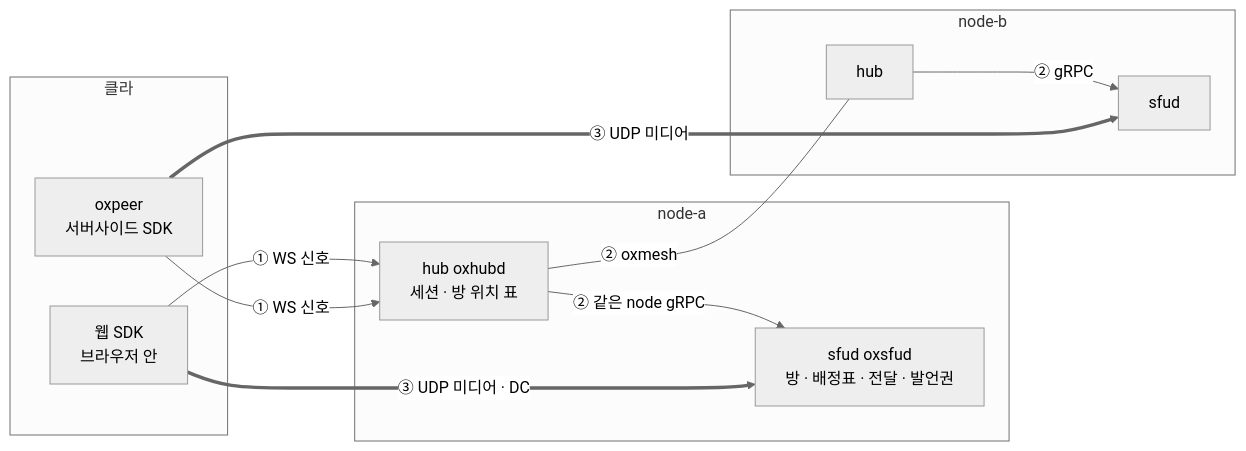
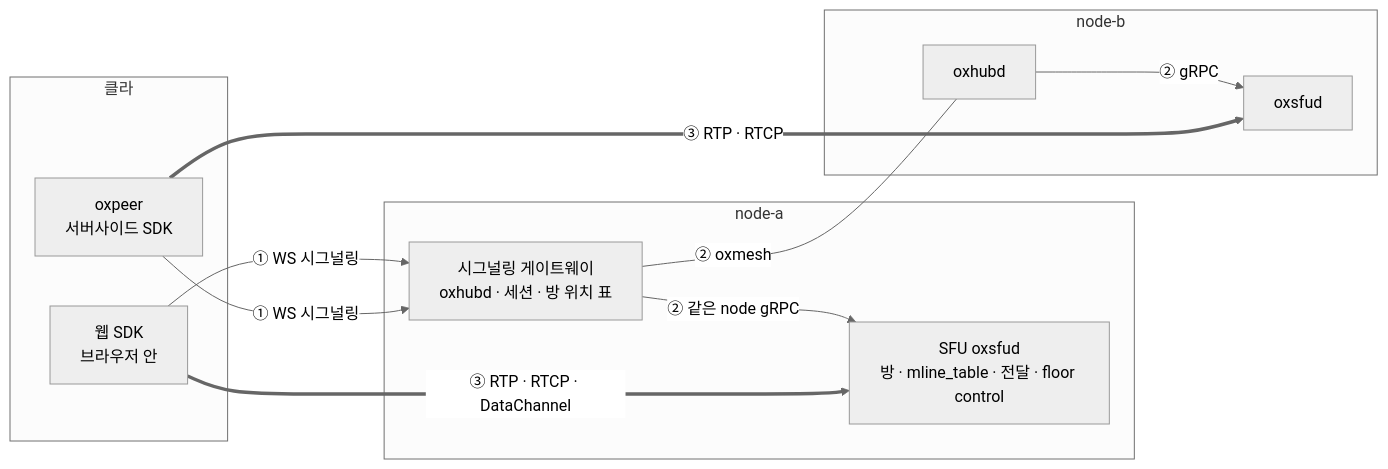
The first of 2 diagrams in docs/learn/01_OVERVIEW.md (kodeholic9/oxlens-sfu), drawn with Mermaid (neutral theme) before and after one commit. The commit also changed other lines of this file and 19 other files, not shown here.

````diff
--- a/docs/learn/01_OVERVIEW.md
+++ b/docs/learn/01_OVERVIEW.md
@@ -9,22 +9,22 @@
 ```mermaid
 flowchart LR
   subgraph CL["클라"]
     SDK["웹 SDK<br/>브라우저 안"]
     PEER["oxpeer<br/>서버사이드 SDK"]
   end
   subgraph NA["node-a"]
-    HA["hub oxhubd<br/>세션 · 방 위치 표"]
-    SA["sfud oxsfud<br/>방 · 배정표 · 전달 · 발언권"]
+    HA["시그널링 게이트웨이<br/>oxhubd · 세션 · 방 위치 표"]
+    SA["SFU oxsfud<br/>방 · mline_table · 전달 · floor control"]
   end
   subgraph NB["node-b"]
-    HB["hub"]
-    SB["sfud"]
+    HB["oxhubd"]
+    SB["oxsfud"]
   end
-  SDK -- "① WS 신호" --> HA
-  PEER -- "① WS 신호" --> HA
+  SDK -- "① WS 시그널링" --> HA
+  PEER -- "① WS 시그널링" --> HA
   HA -- "② 같은 node gRPC" --> SA
   HA -- "② oxmesh" --- HB
   HB -- "② gRPC" --> SB
-  SDK == "③ UDP 미디어 · DC" ==> SA
-  PEER == "③ UDP 미디어" ==> SB
+  SDK == "③ RTP · RTCP · DataChannel" ==> SA
+  PEER == "③ RTP · RTCP" ==> SB
 ```
````
